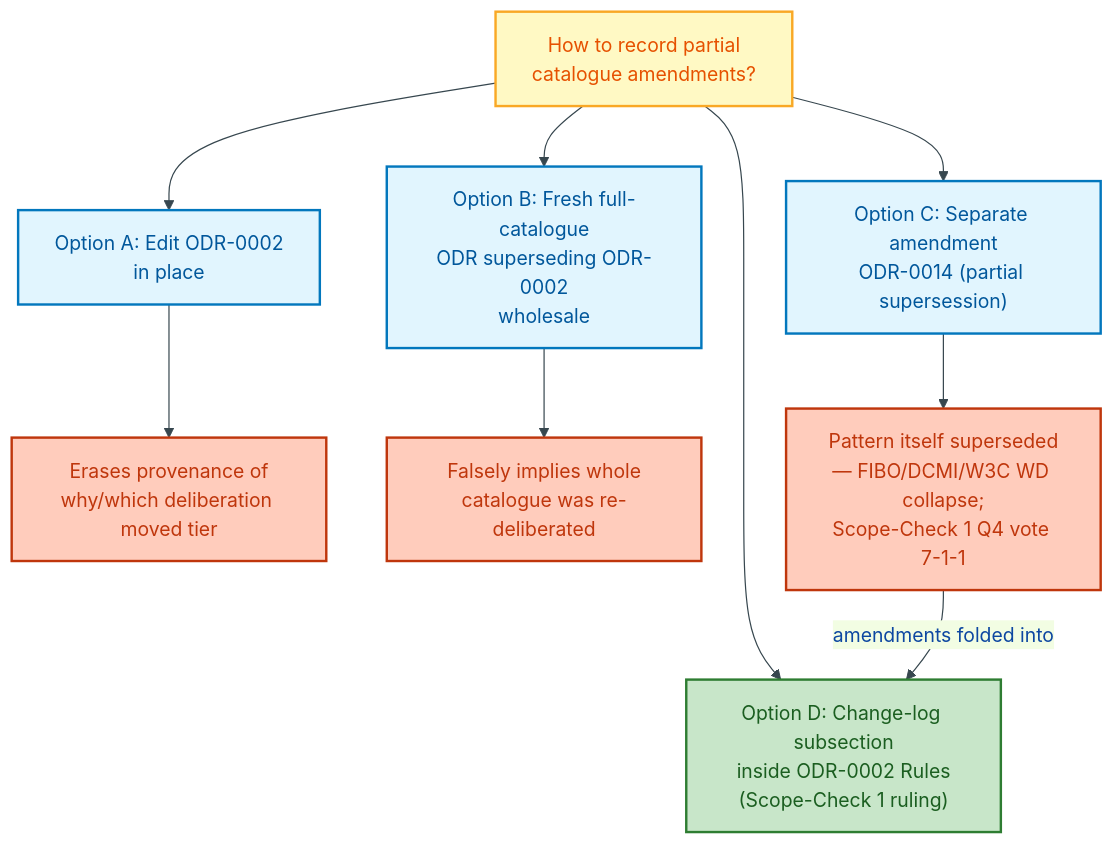
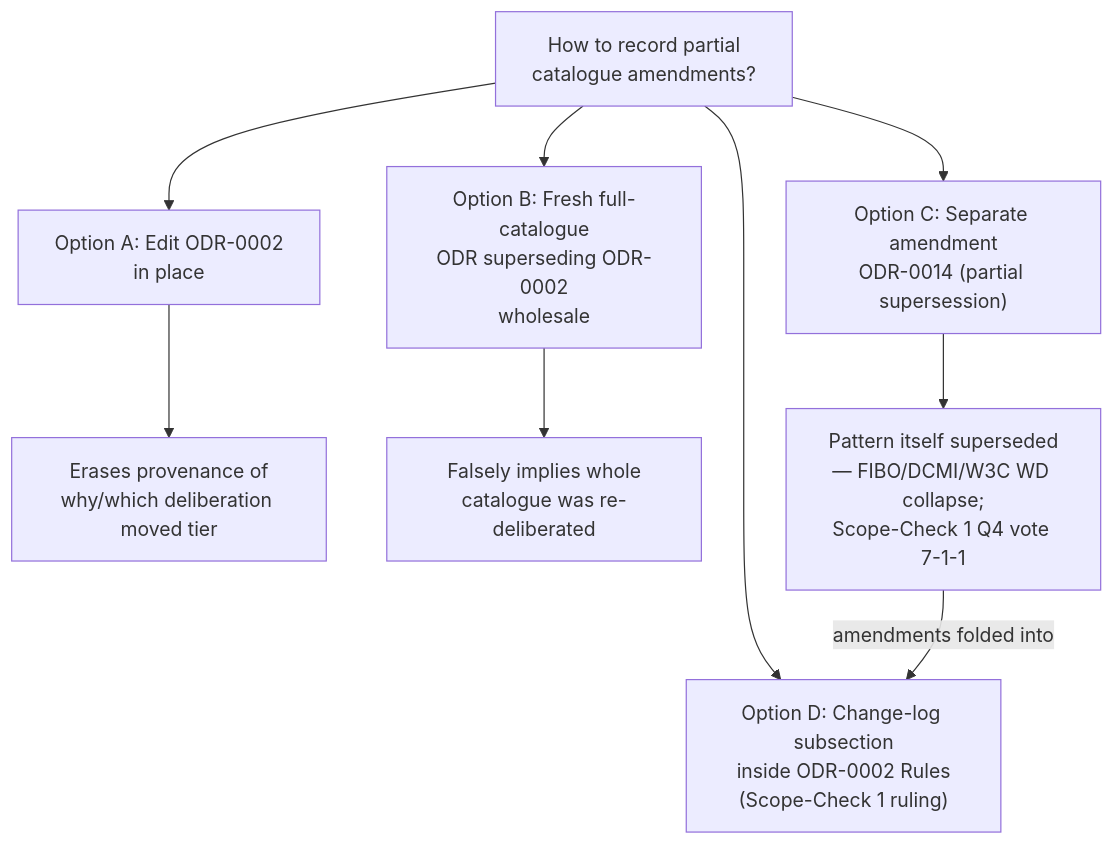
Before and after one commit to sparkling/opda: the third of 3 diagrams in docs/ontology/odr/ODR-0014-vocabulary-catalogue-amendments.md, drawn with Mermaid. The commit also changed other lines of this file and 25 other files, not shown here.

````diff
--- a/docs/ontology/odr/ODR-0014-vocabulary-catalogue-amendments.md
+++ b/docs/ontology/odr/ODR-0014-vocabulary-catalogue-amendments.md
@@ -151,27 +141,22 @@
 ```mermaid
-%%{init:{"theme":"base","themeVariables":{"primaryColor":"#E3F2FD","primaryTextColor":"#0D47A1","primaryBorderColor":"#1565C0","lineColor":"#37474F"}}}%%
 flowchart TD
     accTitle: Amendment-pattern supersession flow
     accDescr: Flowchart showing how the amendment-ODR pattern was evaluated against alternatives and replaced by the Change-log-inside-Rules pattern via Scope-Check 1
-    classDef process fill:#E1F5FE,stroke:#0277BD,stroke-width:2px,color:#01579B
-    classDef decision fill:#FFF9C4,stroke:#F9A825,stroke-width:2px,color:#E65100
-    classDef output fill:#C8E6C9,stroke:#2E7D32,stroke-width:2px,color:#1B5E20
-    classDef retired fill:#FFCCBC,stroke:#BF360C,stroke-width:2px,color:#BF360C
 
-    Q["How to record partial<br/>catalogue amendments?"]:::decision
+    Q["How to record partial<br/>catalogue amendments?"]:::warning
 
     A1["Option A: Edit ODR-0002<br/>in place"]:::process
     A2["Option B: Fresh full-catalogue<br/>ODR superseding ODR-0002<br/>wholesale"]:::process
     A3["Option C: Separate amendment<br/>ODR-0014 (partial supersession)"]:::process
-    A4["Option D: Change-log subsection<br/>inside ODR-0002 Rules<br/>(Scope-Check 1 ruling)"]:::output
+    A4["Option D: Change-log subsection<br/>inside ODR-0002 Rules<br/>(Scope-Check 1 ruling)"]:::success
 
-    R1["Erases provenance of<br/>why/which deliberation moved tier"]:::retired
-    R2["Falsely implies whole<br/>catalogue was re-deliberated"]:::retired
-    R3["Pattern itself superseded<br/>— FIBO/DCMI/W3C WD collapse;<br/>Scope-Check 1 Q4 vote 7-1-1"]:::retired
+    R1["Erases provenance of<br/>why/which deliberation moved tier"]:::error
+    R2["Falsely implies whole<br/>catalogue was re-deliberated"]:::error
+    R3["Pattern itself superseded<br/>— FIBO/DCMI/W3C WD collapse;<br/>Scope-Check 1 Q4 vote 7-1-1"]:::error
 
     Q --> A1 --> R1
     Q --> A2 --> R2
     Q --> A3 --> R3
     Q --> A4
     R3 -->|"amendments folded into"| A4
 ```
````
